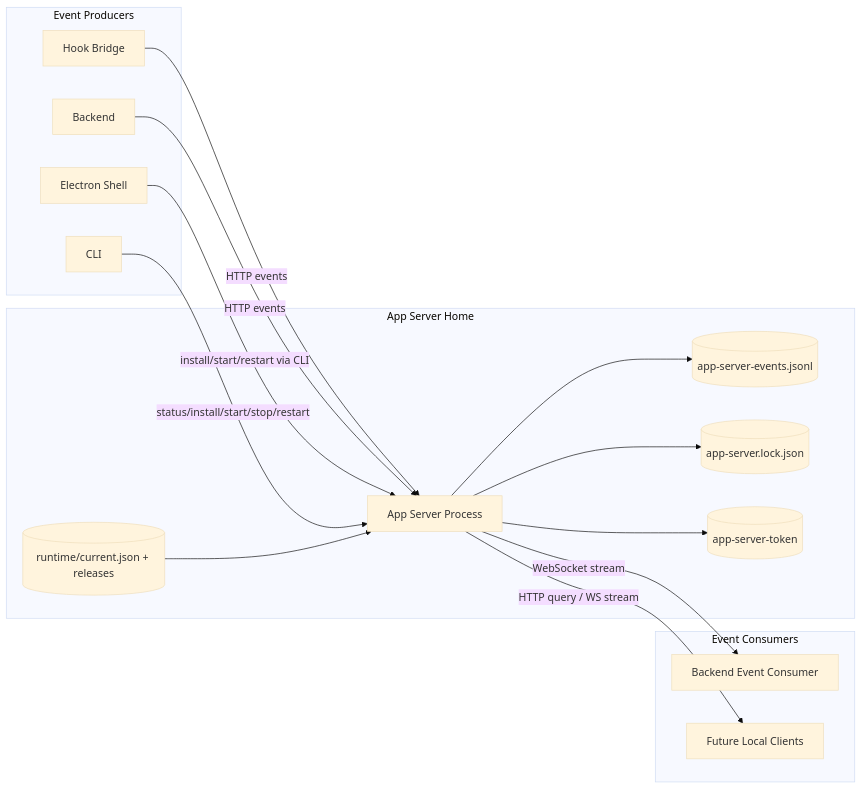
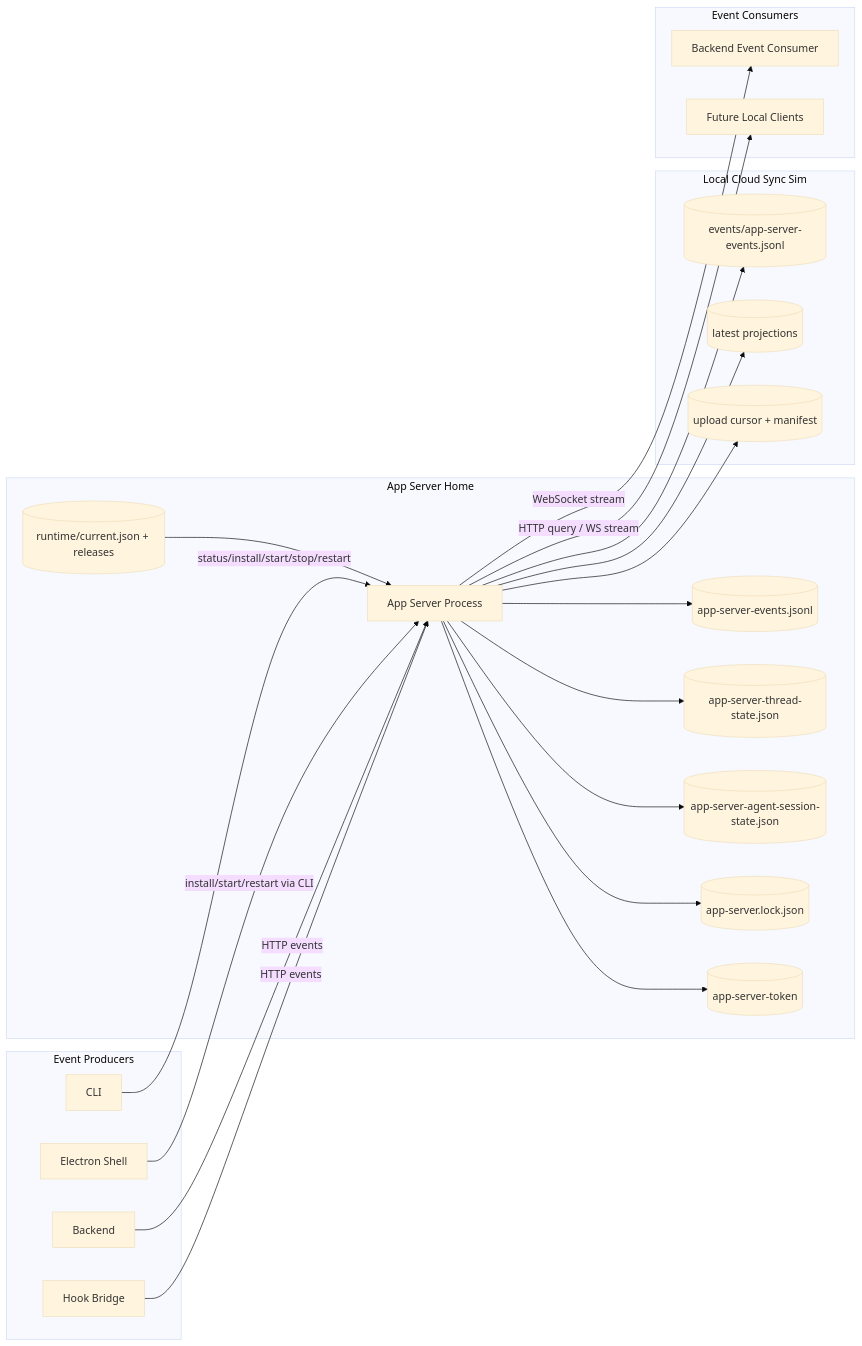
One commit to jackshen3102/run-weave changed the first of 8 diagrams in docs/architecture/app-server-architecture.md. Above: the diagram before and after it, drawn with Mermaid (base theme). The commit also changed other lines of this file and 15 other files, not shown here.

Commit message:
feat: add app-server state sync projection

````diff
--- a/docs/architecture/app-server-architecture.md
+++ b/docs/architecture/app-server-architecture.md
@@ -30,35 +36,48 @@
 ```mermaid
 flowchart LR
   subgraph Producers[Event Producers]
     Hook[Hook Bridge]
     BackendProducer[Backend]
     Electron[Electron Shell]
     Cli[CLI]
   end
 
   subgraph AppServerHome[App Server Home]
     AppServer[App Server Process]
     EventLog[(app-server-events.jsonl)]
+    ThreadState[(app-server-thread-state.json)]
+    AgentSessionState[(app-server-agent-session-state.json)]
     Lock[(app-server.lock.json)]
     Token[(app-server-token)]
     Runtime[(runtime/current.json + releases)]
+  end
+
+  subgraph LocalSync[Local Cloud Sync Sim]
+    SyncEvents[(events/app-server-events.jsonl)]
+    SyncLatest[(latest projections)]
+    SyncCursor[(upload cursor + manifest)]
   end
 
   subgraph Consumers[Event Consumers]
     BackendConsumer[Backend Event Consumer]
     FutureClients[Future Local Clients]
   end
 
   Hook -->|HTTP events| AppServer
   BackendProducer -->|HTTP events| AppServer
   Electron -->|install/start/restart via CLI| AppServer
   Cli -->|status/install/start/stop/restart| AppServer
 
   AppServer --> EventLog
+  AppServer --> ThreadState
+  AppServer --> AgentSessionState
   AppServer --> Lock
   AppServer --> Token
+  AppServer --> SyncEvents
+  AppServer --> SyncLatest
+  AppServer --> SyncCursor
   Runtime --> AppServer
 
   AppServer -->|WebSocket stream| BackendConsumer
   AppServer -->|HTTP query / WS stream| FutureClients
 ```
````
